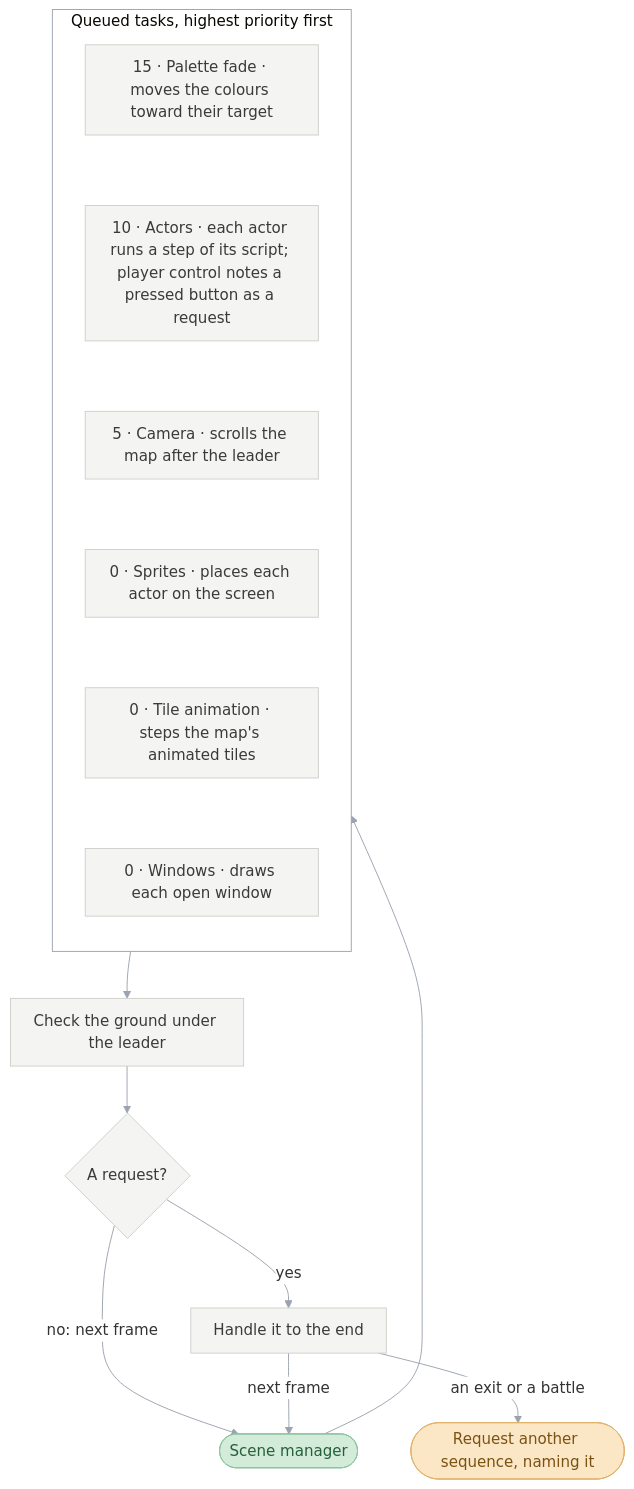
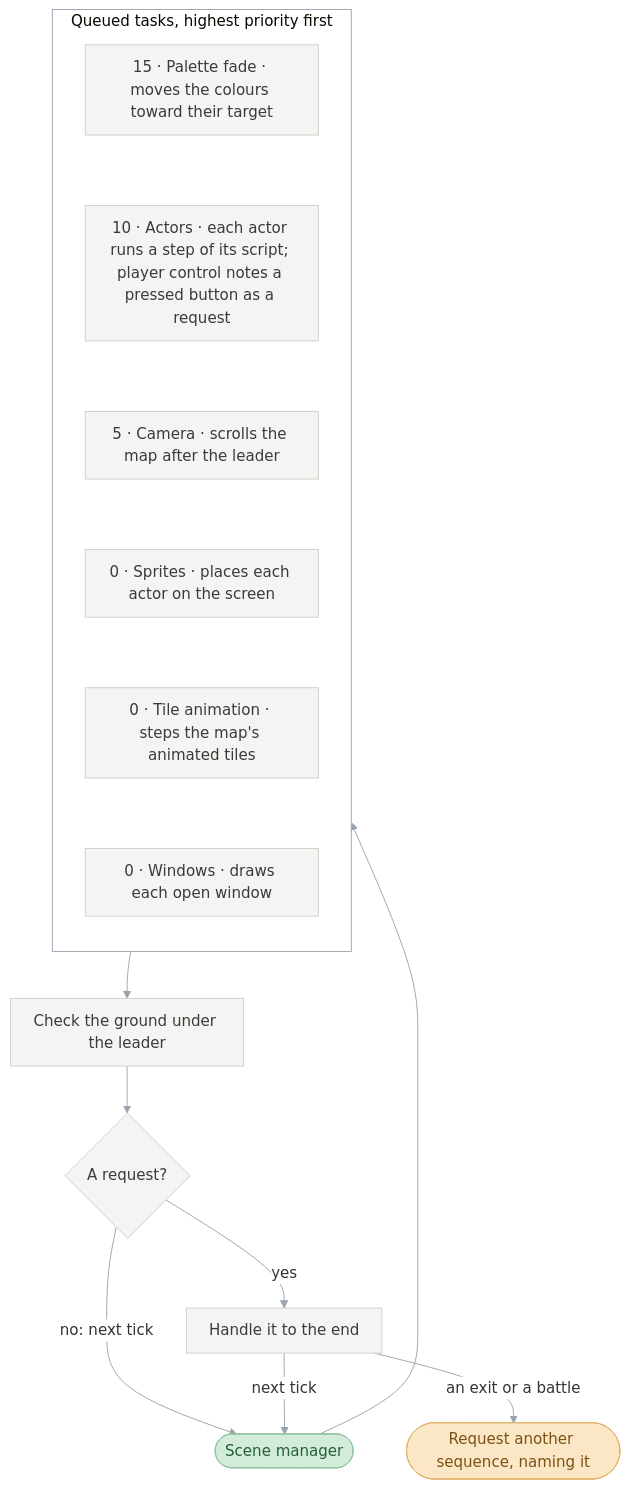
Before and after one commit to PascalPixel/alchemy: the seventh of 9 diagrams in games/tbs/README.md, drawn with Mermaid. The commit also changed other lines of this file and 1 other file, not shown here.

````diff
--- a/games/tbs/README.md
+++ b/games/tbs/README.md
@@ -317,27 +320,27 @@
 ```mermaid
 %%{init: {"theme": "base", "themeVariables": {"lineColor": "#9AA3AE", "edgeLabelBackground": "#FFFFFF"}, "flowchart": {"curve": "basis", "padding": 12}}}%%
 flowchart TD
-  frame(["Scene manager"]) --> queue
+  tick(["Scene manager"]) --> queue
   subgraph queue ["Queued tasks, highest priority first"]
     direction TB
     t1["15 · Palette fade · moves the colours toward their target"] ~~~ t2["10 · Actors · each actor runs a step of its script; player control notes a pressed button as a request"]
     t2 ~~~ t3["5 · Camera · scrolls the map after the leader"] ~~~ t4["0 · Sprites · places each actor on the screen"]
     t4 ~~~ t5["0 · Tile animation · steps the map's animated tiles"] ~~~ t6["0 · Windows · draws each open window"]
   end
   queue --> ground["Check the ground under the leader"]
   ground --> check{"A request?"}
-  check -->|"no: next frame"| frame
+  check -->|"no: next tick"| tick
   check -->|"yes"| handle["Handle it to the end"]
-  handle -->|"next frame"| frame
+  handle -->|"next tick"| tick
   handle -->|"an exit or a battle"| next(["Request another sequence, naming it"])
   classDef sequenceManager fill:#DDE3EC,stroke:#8FA0B8,color:#2E3C50
   classDef sceneSequence fill:#D2EEF3,stroke:#7FC3D0,color:#1E5966
   classDef battle fill:#F6D5D2,stroke:#D9928B,color:#8A2A22
   classDef sceneManager fill:#D3EBD9,stroke:#8DC49E,color:#25603A
   classDef request fill:#FBE7C6,stroke:#E0B46A,color:#7A5212
   classDef step fill:#F4F4F2,stroke:#CFCFCB,color:#3A3A38
-  class frame sceneManager
+  class tick sceneManager
   class next request
   class t1,t2,t3,t4,t5,t6,ground,handle,check step
   style queue fill:#FFFFFF,stroke:#9AA3AE
 ```
````
